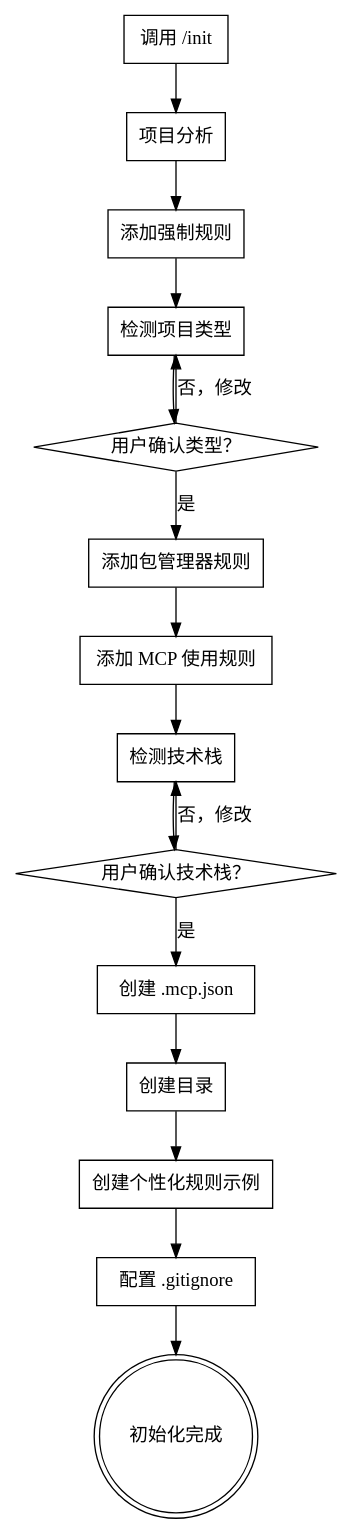
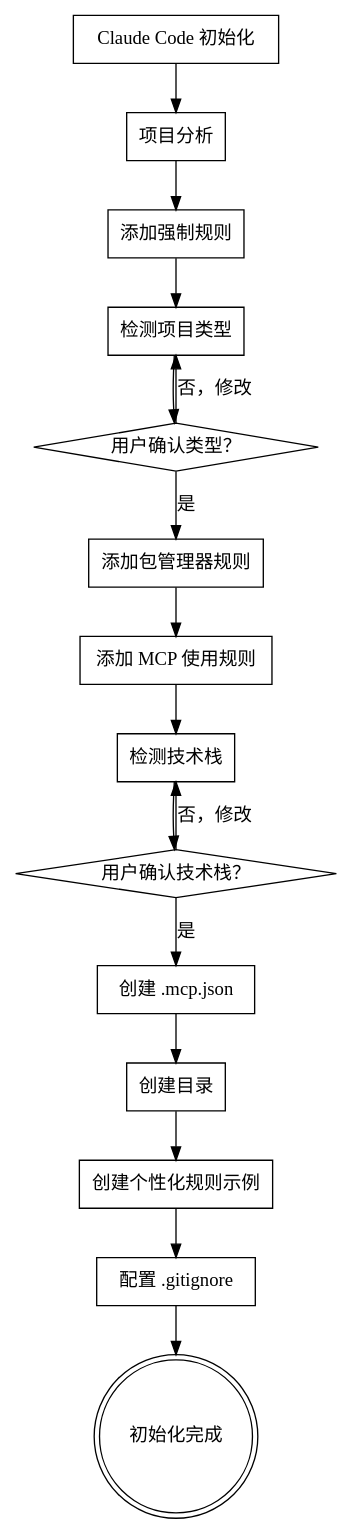
The diagram in skills/cadencing/SKILL.md (ymm512/Cadence-skills), drawn with Graphviz before and after one commit. The commit also changed other lines of this file and 1 other file, not shown here.

Commit message:
修改cadencing

````diff
--- a/skills/cadencing/SKILL.md
+++ b/skills/cadencing/SKILL.md
@@ -38,34 +38,34 @@
 ```dot
 digraph cadencing {
-    "调用 /init" [shape=box];
+    "Claude Code 初始化" [shape=box];
     "项目分析" [shape=box];
     "添加强制规则" [shape=box];
     "检测项目类型" [shape=box];
     "用户确认类型？" [shape=diamond];
     "添加包管理器规则" [shape=box];
     "添加 MCP 使用规则" [shape=box];
     "检测技术栈" [shape=box];
     "用户确认技术栈？" [shape=diamond];
     "创建 .mcp.json" [shape=box];
     "创建目录" [shape=box];
     "创建个性化规则示例" [shape=box];
     "配置 .gitignore" [shape=box];
     "初始化完成" [shape=doublecircle];
 
-    "调用 /init" -> "项目分析";
+    "Claude Code 初始化" -> "项目分析";
     "项目分析" -> "添加强制规则";
     "添加强制规则" -> "检测项目类型";
     "检测项目类型" -> "用户确认类型？";
     "用户确认类型？" -> "检测项目类型" [label="否，修改"];
     "用户确认类型？" -> "添加包管理器规则" [label="是"];
     "添加包管理器规则" -> "添加 MCP 使用规则";
     "添加 MCP 使用规则" -> "检测技术栈";
     "检测技术栈" -> "用户确认技术栈？";
     "用户确认技术栈？" -> "检测技术栈" [label="否，修改"];
     "用户确认技术栈？" -> "创建 .mcp.json" [label="是"];
     "创建 .mcp.json" -> "创建目录";
     "创建目录" -> "创建个性化规则示例";
     "创建个性化规则示例" -> "配置 .gitignore";
     "配置 .gitignore" -> "初始化完成";
 }
 ```
````
